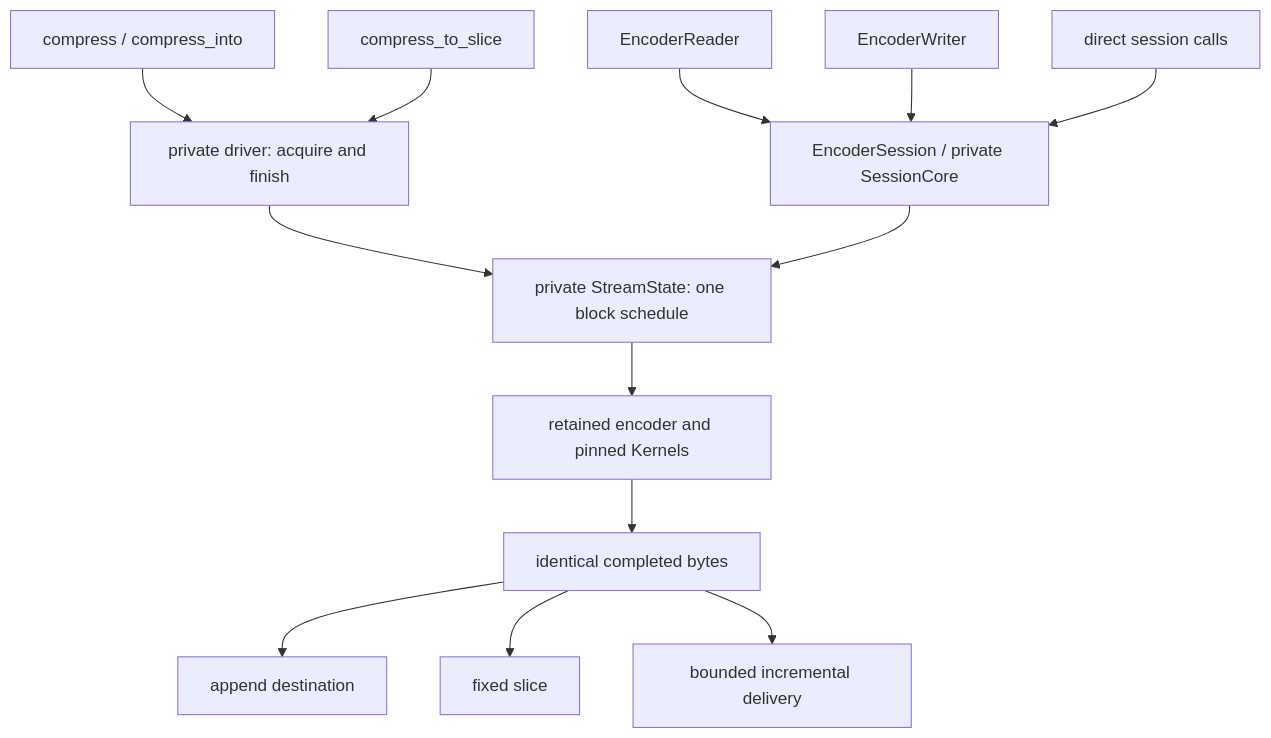
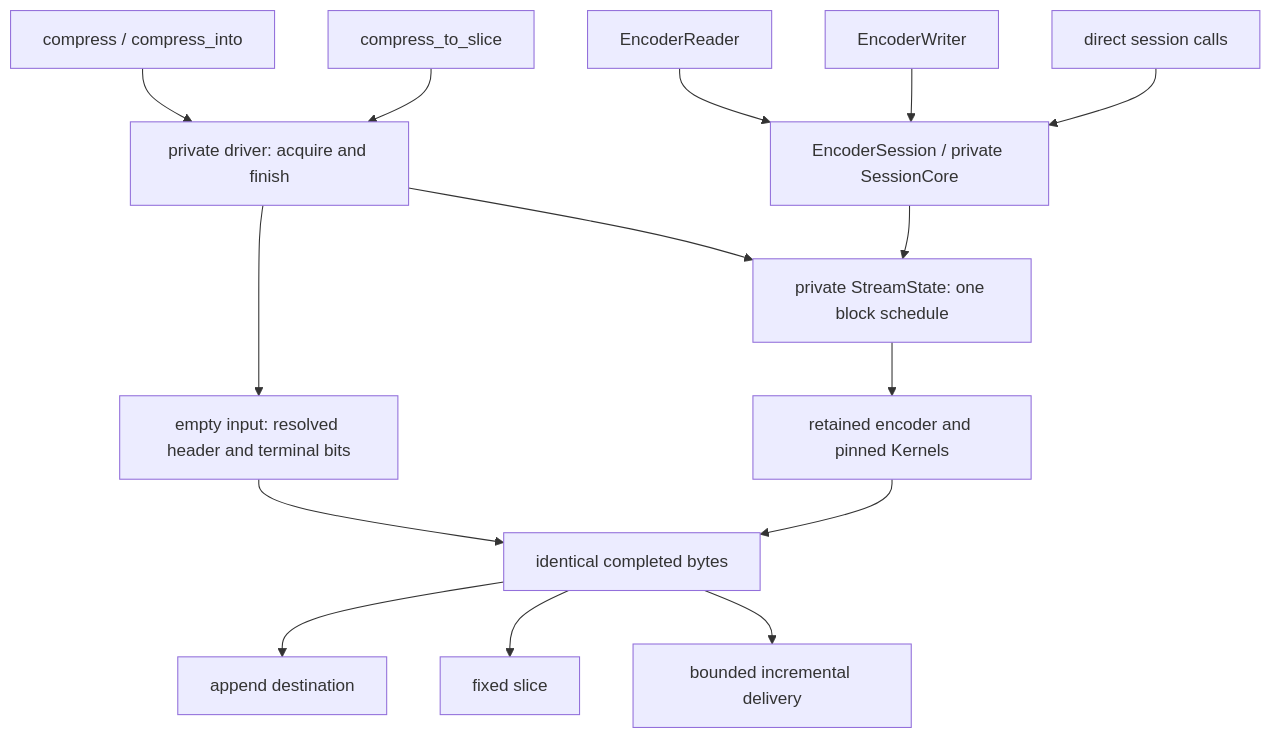
One commit to Mnwa/mbrotli changed the second of 3 diagrams in architecture/universal-encoding.md. Above: the diagram before and after it, drawn with Mermaid. The commit also changed other lines of this file and 34 other files, not shown here.

````diff
--- a/architecture/universal-encoding.md
+++ b/architecture/universal-encoding.md
@@ -29,15 +47,17 @@
 ```mermaid
 graph TD
     Vec[compress / compress_into] --> Driver[private driver: acquire and finish]
     Slice[compress_to_slice] --> Driver
     Reader[EncoderReader] --> Session[EncoderSession / private SessionCore]
     Writer[EncoderWriter] --> Session
     Direct[direct session calls] --> Session
+    Driver --> Empty[empty input: resolved header and terminal bits]
+    Empty --> Bytes
     Driver --> State[private StreamState: one block schedule]
     Session --> State
     State --> Encoder[retained encoder and pinned Kernels]
     Encoder --> Bytes[identical completed bytes]
     Bytes --> Append[append destination]
     Bytes --> Fixed[fixed slice]
     Bytes --> Pending[bounded incremental delivery]
 ```
````
